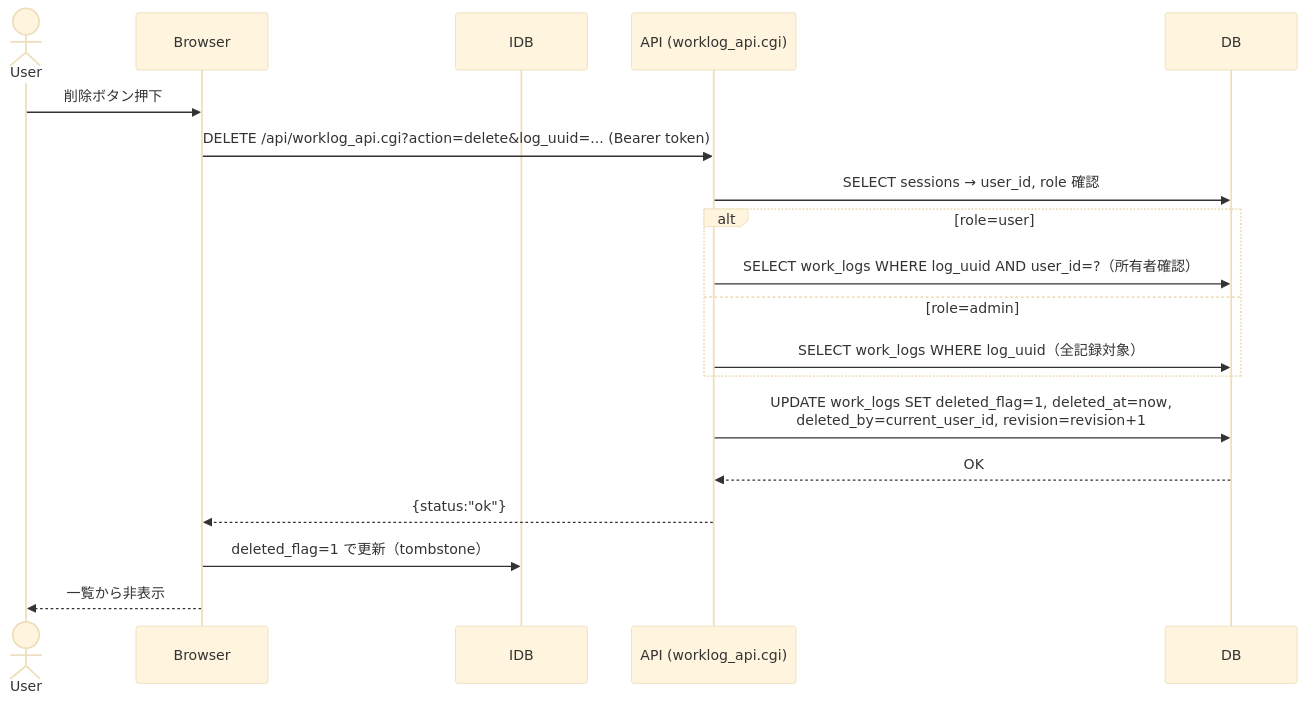
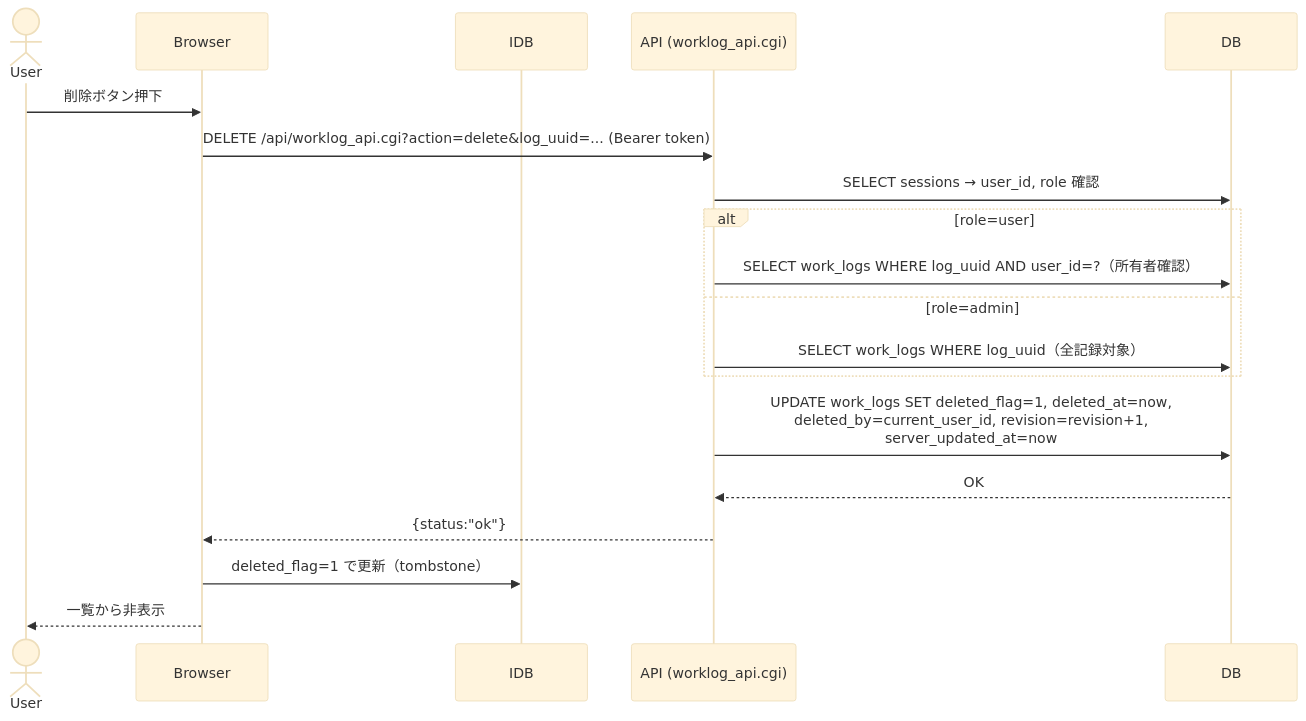
Before and after one commit to garyohosu/worklog-pwa: diagram 12 of 24 in SEQUENCE.md, drawn with Mermaid (base theme). The commit also changed other lines of this file and 2 other files, not shown here.

Commit message:
docs: align sequence flows with sync rules

````diff
--- a/SEQUENCE.md
+++ b/SEQUENCE.md
@@ -296,22 +299,22 @@
 ```mermaid
 sequenceDiagram
   actor User
   participant Browser
   participant IDB
   participant API as API (worklog_api.cgi)
   participant DB
 
   User->>Browser: 削除ボタン押下
   Browser->>API: DELETE /api/worklog_api.cgi?action=delete&log_uuid=... (Bearer token)
   API->>DB: SELECT sessions → user_id, role 確認
   alt role=user
     API->>DB: SELECT work_logs WHERE log_uuid AND user_id=?（所有者確認）
   else role=admin
     API->>DB: SELECT work_logs WHERE log_uuid（全記録対象）
   end
-  API->>DB: UPDATE work_logs SET deleted_flag=1, deleted_at=now,<br/>deleted_by=current_user_id, revision=revision+1
+  API->>DB: UPDATE work_logs SET deleted_flag=1, deleted_at=now,<br/>deleted_by=current_user_id, revision=revision+1,<br/>server_updated_at=now
   DB-->>API: OK
   API-->>Browser: {status:"ok"}
   Browser->>IDB: deleted_flag=1 で更新（tombstone）
   Browser-->>User: 一覧から非表示
 ```
````
